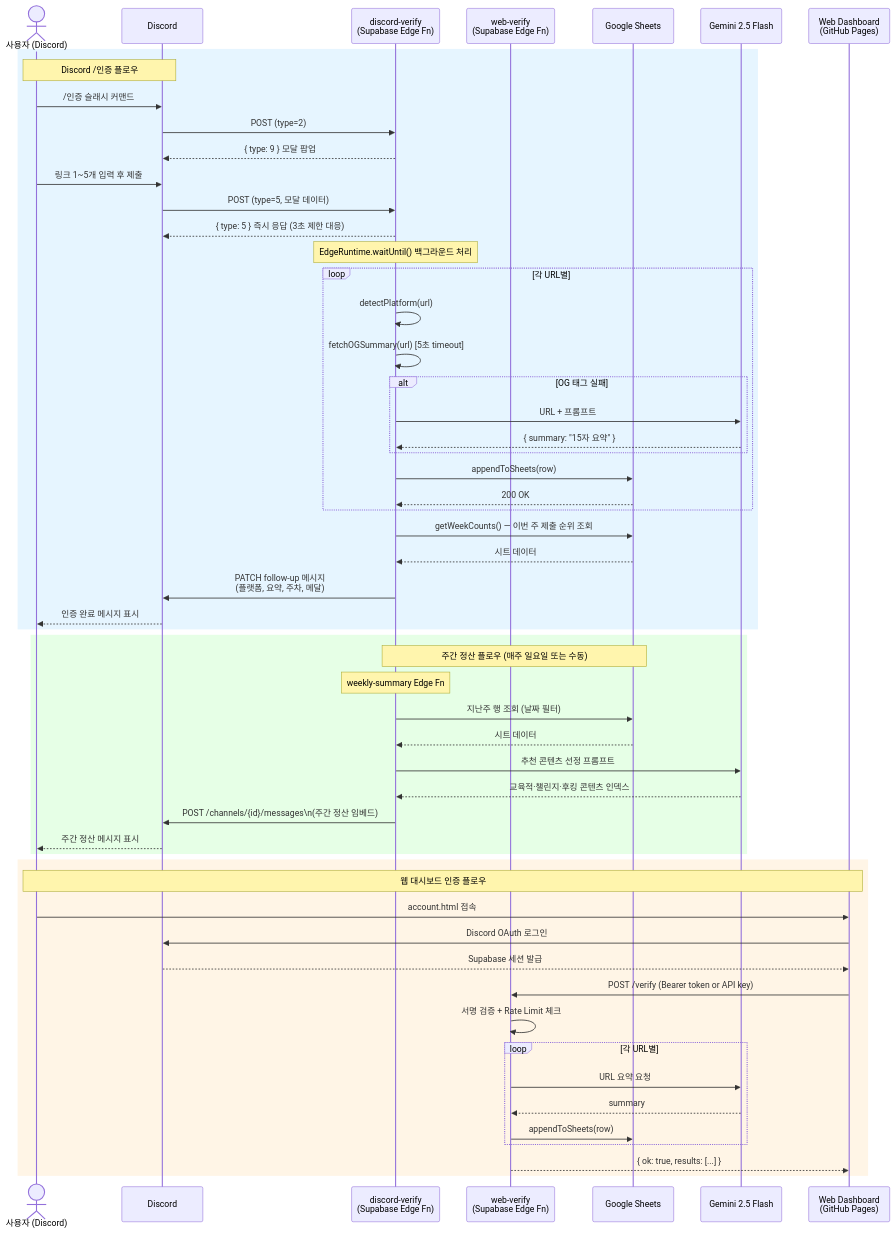
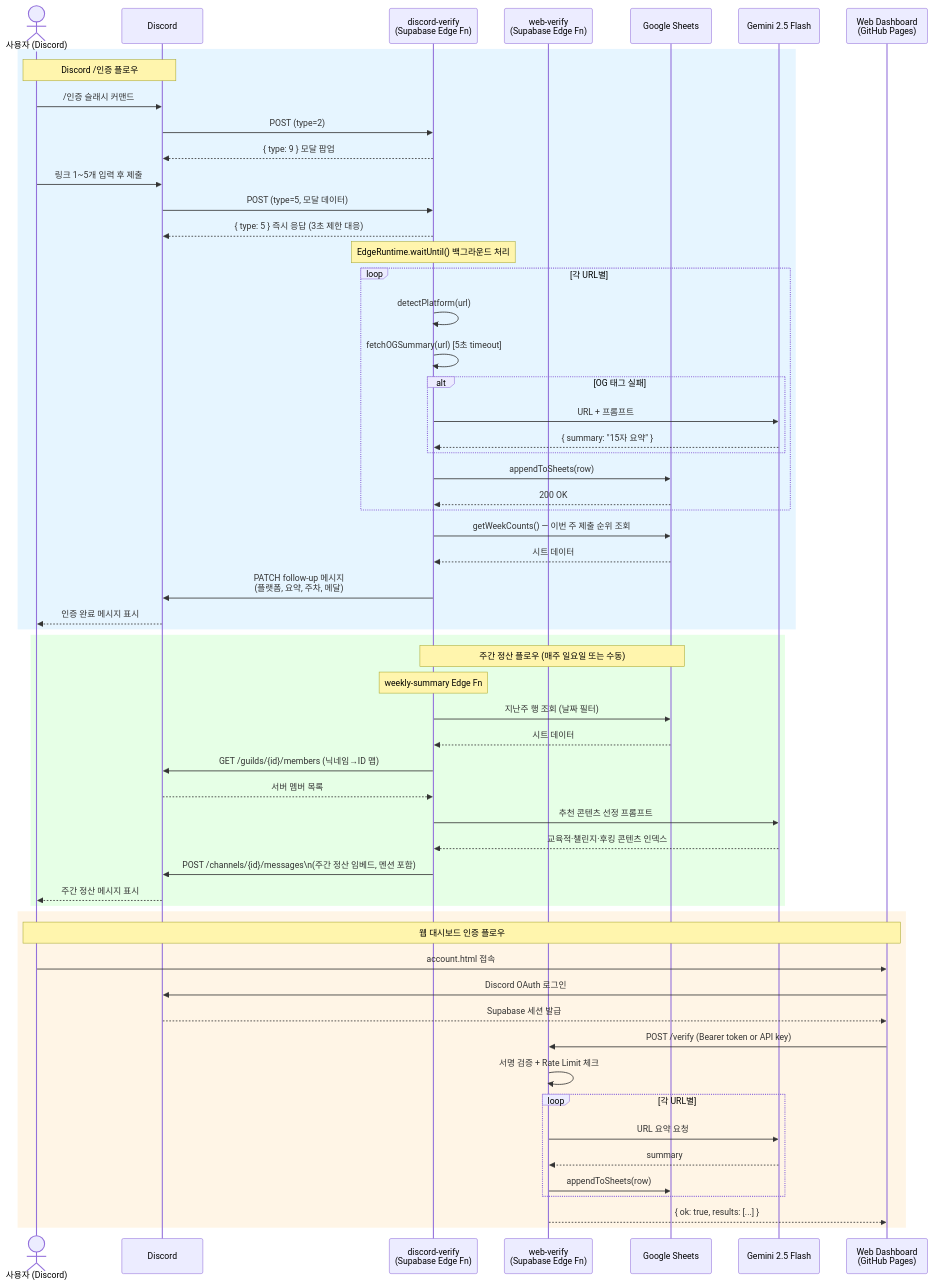
Before and after one commit to ggplab/content_designer_challenge: the first of 3 diagrams in docs/architecture.md, drawn with Mermaid. The commit also changed other lines of this file and 1 other file, not shown here.

Commit message:
docs: update 2026-03-26 release notes — 주간 정산 멘션 기능, 대시보드 링크 추가

````diff
--- a/docs/architecture.md
+++ b/docs/architecture.md
@@ -9,65 +9,67 @@
 ```mermaid
 sequenceDiagram
     actor User as 사용자 (Discord)
     participant DC as Discord
     participant DV as discord-verify<br/>(Supabase Edge Fn)
     participant WV as web-verify<br/>(Supabase Edge Fn)
     participant GS as Google Sheets
     participant GM as Gemini 2.5 Flash
     participant WEB as Web Dashboard<br/>(GitHub Pages)
 
     %% Discord 인증 플로우
     rect rgb(230, 245, 255)
         Note over User,DC: Discord /인증 플로우
         User->>DC: /인증 슬래시 커맨드
         DC->>DV: POST (type=2)
         DV-->>DC: { type: 9 } 모달 팝업
         User->>DC: 링크 1~5개 입력 후 제출
         DC->>DV: POST (type=5, 모달 데이터)
         DV-->>DC: { type: 5 } 즉시 응답 (3초 제한 대응)
 
         Note over DV: EdgeRuntime.waitUntil() 백그라운드 처리
         loop 각 URL별
             DV->>DV: detectPlatform(url)
             DV->>DV: fetchOGSummary(url) [5초 timeout]
             alt OG 태그 실패
                 DV->>GM: URL + 프롬프트
                 GM-->>DV: { summary: "15자 요약" }
             end
             DV->>GS: appendToSheets(row)
             GS-->>DV: 200 OK
         end
         DV->>GS: getWeekCounts() — 이번 주 제출 순위 조회
         GS-->>DV: 시트 데이터
         DV->>DC: PATCH follow-up 메시지<br/>(플랫폼, 요약, 주차, 메달)
         DC-->>User: 인증 완료 메시지 표시
     end
 
     %% 주간 정산 플로우
     rect rgb(230, 255, 230)
         Note over DV,GS: 주간 정산 플로우 (매주 일요일 또는 수동)
         Note over DV: weekly-summary Edge Fn
         DV->>GS: 지난주 행 조회 (날짜 필터)
         GS-->>DV: 시트 데이터
+        DV->>DC: GET /guilds/{id}/members (닉네임→ID 맵)
+        DC-->>DV: 서버 멤버 목록
         DV->>GM: 추천 콘텐츠 선정 프롬프트
         GM-->>DV: 교육적·챌린지·후킹 콘텐츠 인덱스
-        DV->>DC: POST /channels/{id}/messages\n(주간 정산 임베드)
+        DV->>DC: POST /channels/{id}/messages\n(주간 정산 임베드, 멘션 포함)
         DC-->>User: 주간 정산 메시지 표시
     end
 
     %% 웹 인증 플로우
     rect rgb(255, 245, 230)
         Note over User,WEB: 웹 대시보드 인증 플로우
         User->>WEB: account.html 접속
         WEB->>DC: Discord OAuth 로그인
         DC-->>WEB: Supabase 세션 발급
         WEB->>WV: POST /verify (Bearer token or API key)
         WV->>WV: 서명 검증 + Rate Limit 체크
         loop 각 URL별
             WV->>GM: URL 요약 요청
             GM-->>WV: summary
             WV->>GS: appendToSheets(row)
         end
         WV-->>WEB: { ok: true, results: [...] }
     end
 ```
````
